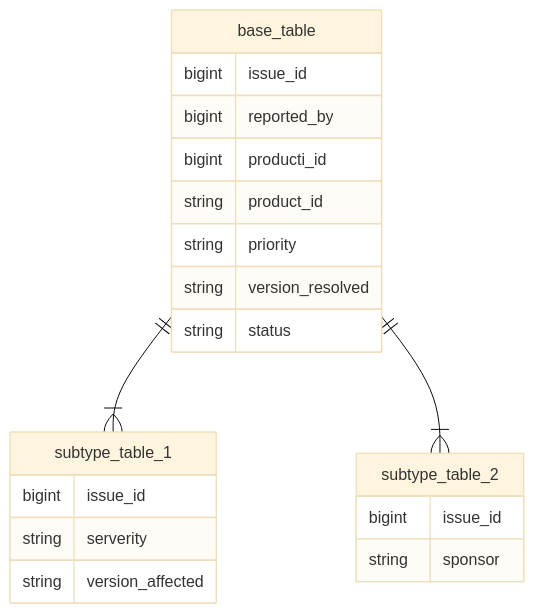
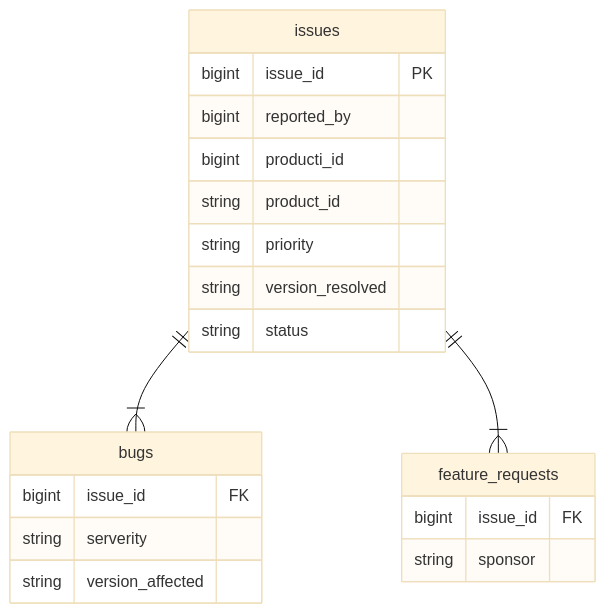
The fifth of 12 diagrams in docs/database_design/sql_antipatterns/note.md (kuromitsu0104/TIL), drawn with Mermaid (base theme) before and after one commit. The commit also changed other lines of this file, not shown here.

````diff
--- a/docs/database_design/sql_antipatterns/note.md
+++ b/docs/database_design/sql_antipatterns/note.md
@@ -621,26 +654,26 @@
   ```mermaid
   erDiagram
-  base_table ||--|{ subtype_table_1: ""
-  base_table ||--|{ subtype_table_2: ""
+  issues ||--|{ bugs: ""
+  issues ||--|{ feature_requests: ""
 
-  base_table {
-    bigint issue_id
+  issues {
+    bigint issue_id PK
     bigint reported_by
     bigint producti_id
     string product_id
     string priority
     string version_resolved
     string status
   }
 
-  subtype_table_1 {
-    bigint issue_id
+  bugs {
+    bigint issue_id FK
     string serverity
     string version_affected
   }
 
-  subtype_table_2 {
-    bigint issue_id
+  feature_requests {
+    bigint issue_id FK
     string sponsor
   }
   ```
````
